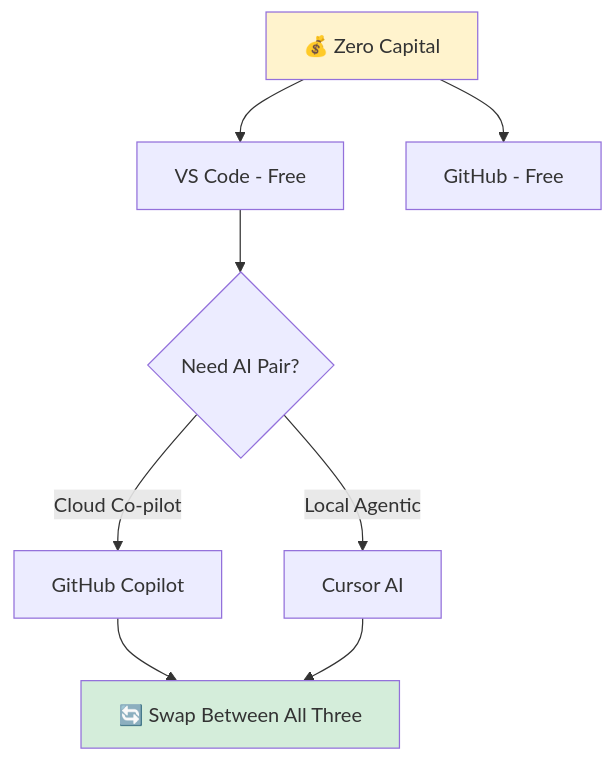
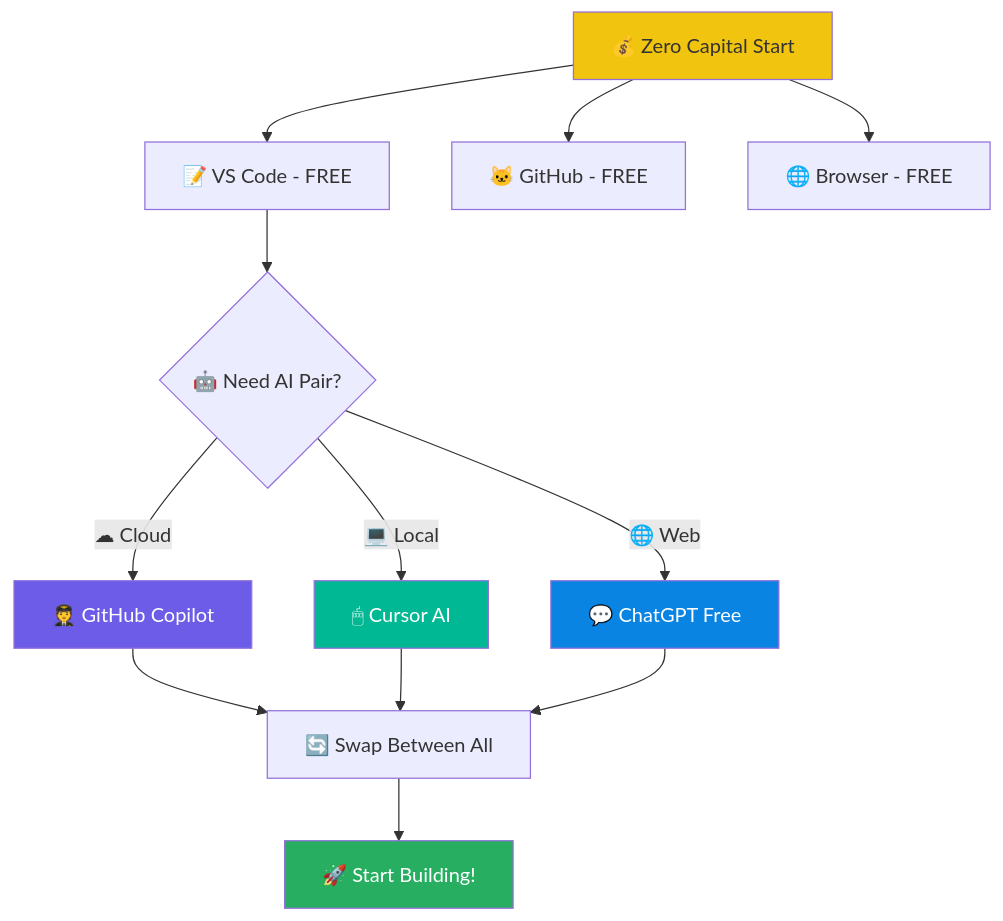
One commit to rifaterdemsahin/fal.ai changed the diagram in 3_Simulation/2026-02-15/output/diagram_MM_05_scene_5_-_the_free_tier_journey.md. Above: the diagram before and after it, drawn with Mermaid. The commit also changed other lines of this file and 22 other files, not shown here.

Commit message:
diagram with images

````diff
--- a/3_Simulation/2026-02-15/output/diagram_MM_05_scene_5_-_the_free_tier_journey.md
+++ b/3_Simulation/2026-02-15/output/diagram_MM_05_scene_5_-_the_free_tier_journey.md
@@ -6,13 +7,20 @@
 ```mermaid
 flowchart TB
-    A[💰 Zero Capital] --> B[VS Code - Free]
-    A --> C[GitHub - Free]
-    B --> D{Need AI Pair?}
-    D -->|Cloud Co-pilot| E[GitHub Copilot]
-    D -->|Local Agentic| F[Cursor AI]
-    E --> G[🔄 Swap Between All Three]
-    F --> G
+    A["💰 Zero Capital Start"] --> B["📝 VS Code - FREE"]
+    A --> C["🐱 GitHub - FREE"]
+    A --> D["🌐 Browser - FREE"]
+    B --> E{"🤖 Need AI Pair?"}
+    E -->|"☁ Cloud"| F["🧑‍✈ GitHub Copilot"]
+    E -->|"💻 Local"| G["🖱 Cursor AI"]
+    E -->|"🌐 Web"| H["💬 ChatGPT Free"]
+    F --> I["🔄 Swap Between All"]
+    G --> I
+    H --> I
+    I --> J["🚀 Start Building!"]
 
-    style A fill:#fff3cd
-    style G fill:#d4edda
+    style A fill:#f1c40f,color:#333
+    style J fill:#27ae60,color:#fff
+    style F fill:#6c5ce7,color:#fff
+    style G fill:#00b894,color:#fff
+    style H fill:#0984e3,color:#fff
 ```
````
